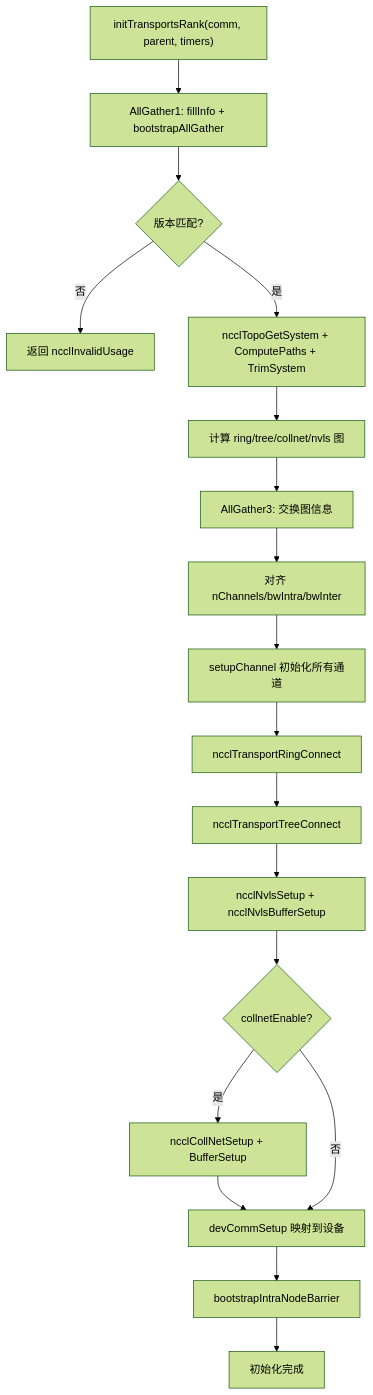
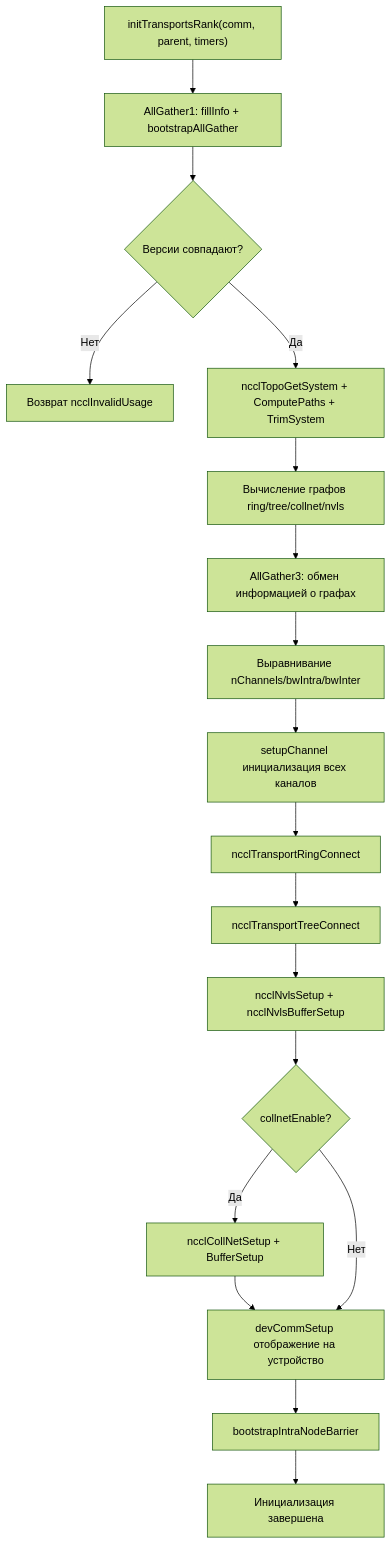
One commit to maleRjc/AiReadCodeBooks changed the second of 2 diagrams in books/nccl/ru/03-ncclcomminitrank-initialization.md. Above: the diagram before and after it, drawn with Mermaid (forest theme). The commit also changed other lines of this file and 74 other files, not shown here.

````diff
--- a/books/nccl/ru/03-ncclcomminitrank-initialization.md
+++ b/books/nccl/ru/03-ncclcomminitrank-initialization.md
@@ -429,28 +433,28 @@
 ```mermaid
 flowchart TD
     start["initTransportsRank(comm, parent, timers)"]
     ag1["AllGather1: fillInfo + bootstrapAllGather"]
-    check_ver{"版本匹配?"}
-    fail_ver["返回 ncclInvalidUsage"]
+    check_ver{"Версии совпадают?"}
+    fail_ver["Возврат ncclInvalidUsage"]
     topo["ncclTopoGetSystem + ComputePaths + TrimSystem"]
-    graphs["计算 ring/tree/collnet/nvls 图"]
-    ag3["AllGather3: 交换图信息"]
-    align["对齐 nChannels/bwIntra/bwInter"]
-    setup["setupChannel 初始化所有通道"]
+    graphs["Вычисление графов ring/tree/collnet/nvls"]
+    ag3["AllGather3: обмен информацией о графах"]
+    align["Выравнивание nChannels/bwIntra/bwInter"]
+    setup["setupChannel инициализация всех каналов"]
     conn_ring["ncclTransportRingConnect"]
     conn_tree["ncclTransportTreeConnect"]
     conn_nvls["ncclNvlsSetup + ncclNvlsBufferSetup"]
     conn_collnet{"collnetEnable?"}
     conn_collnet_yes["ncclCollNetSetup + BufferSetup"]
-    devcomm["devCommSetup 映射到设备"]
+    devcomm["devCommSetup отображение на устройство"]
     barrier["bootstrapIntraNodeBarrier"]
-    done["初始化完成"]
+    done["Инициализация завершена"]
 
     start --> ag1 --> check_ver
-    check_ver -->|否| fail_ver
-    check_ver -->|是| topo --> graphs --> ag3 --> align --> setup
+    check_ver -->|Нет| fail_ver
+    check_ver -->|Да| topo --> graphs --> ag3 --> align --> setup
     setup --> conn_ring --> conn_tree --> conn_nvls --> conn_collnet
-    conn_collnet -->|是| conn_collnet_yes --> devcomm
-    conn_collnet -->|否| devcomm
+    conn_collnet -->|Да| conn_collnet_yes --> devcomm
+    conn_collnet -->|Нет| devcomm
     devcomm --> barrier --> done
 ```
````
